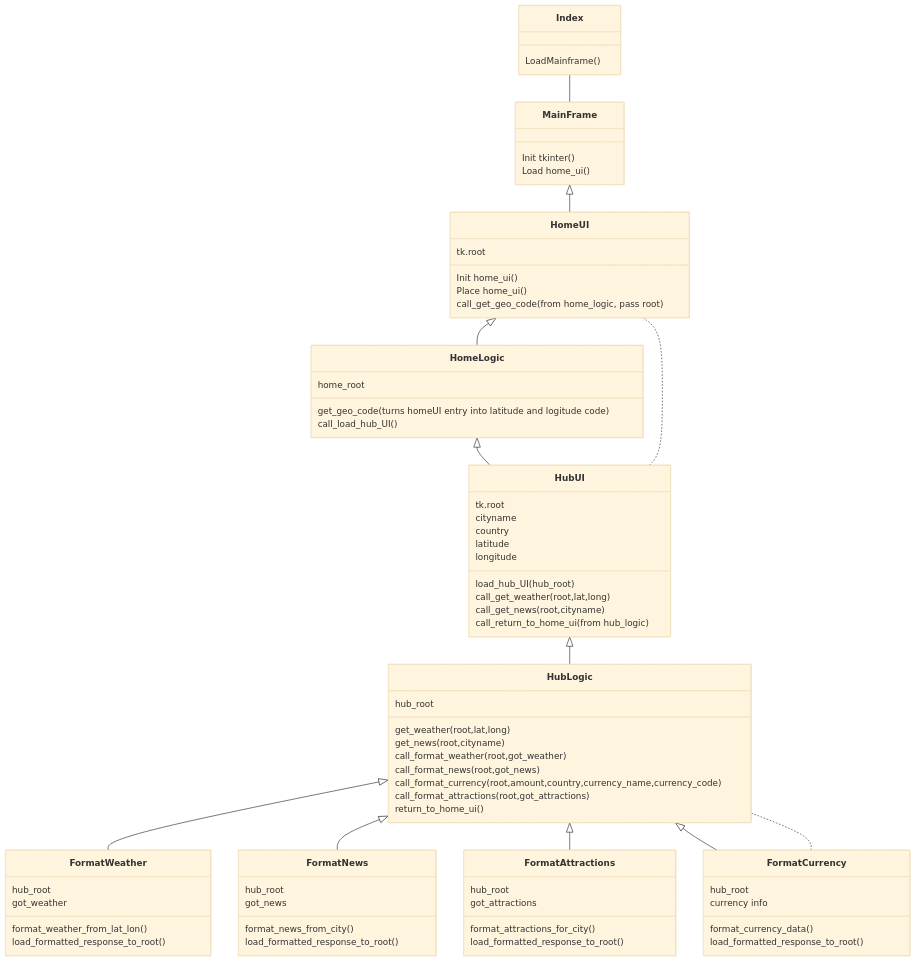
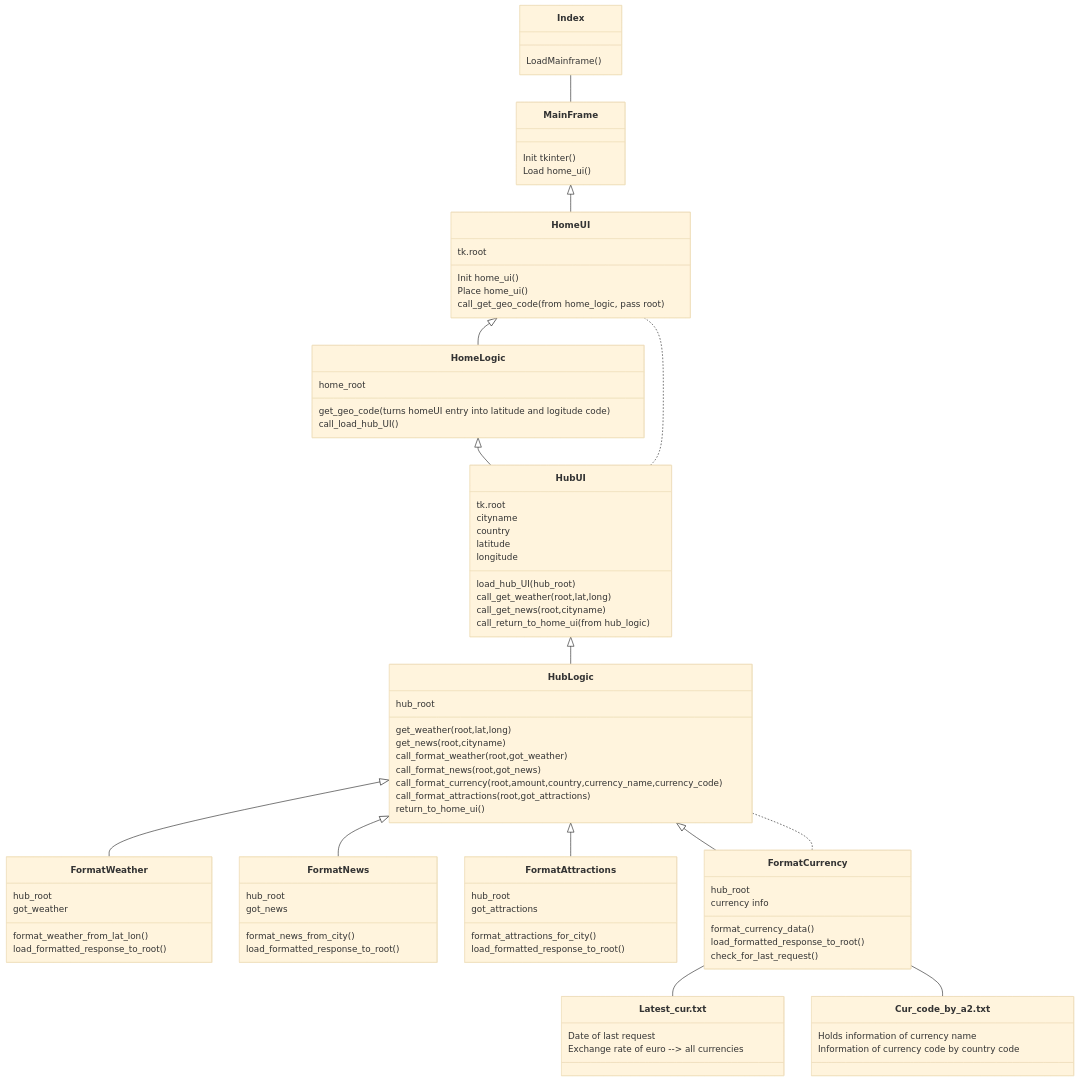
Before and after one commit to kodtld/TravelHub: the diagram in dokumentaatio/arkkitehtuuri.md, drawn with Mermaid (base theme).

Commit message:
arkkitehtuuri päivitys

````diff
--- a/dokumentaatio/arkkitehtuuri.md
+++ b/dokumentaatio/arkkitehtuuri.md
@@ -12,6 +12,9 @@
       HubLogic <|-- FormatAttractions
       HubLogic <|-- FormatCurrency
       FormatCurrency .. HubLogic
+      FormatCurrency -- Latest_cur.txt
+      FormatCurrency -- Cur_code_by_a2.txt
+
        
       Index : LoadMainframe()
 
@@ -87,7 +90,7 @@
 
           format_currency_data()
           load_formatted_response_to_root()
-
+          check_for_last_request()
          }
 
 
@@ -100,4 +103,16 @@
 
          }
 
+     
+      class Latest_cur.txt{
+           Date of last request
+	   Exchange rate of euro --> all currencies
+
+         }
+
+      class Cur_code_by_a2.txt{
+           Holds information of currency name
+	   Information of currency code by country code
+
+         }
 ```
````
